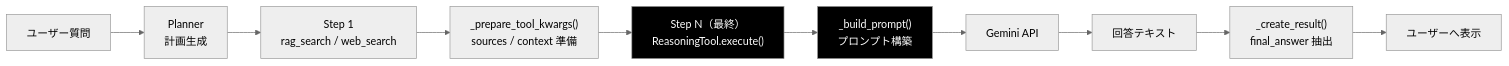
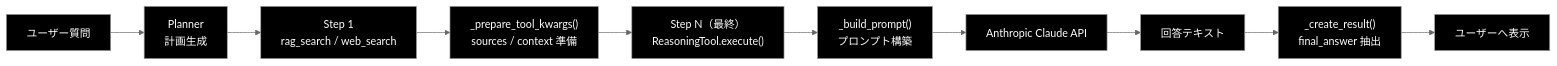
One commit to nakashima2toshio/anthropic_grace_agent changed the second of 6 diagrams in grace/doc/reasoning.md. Above: the diagram before and after it, drawn with Mermaid (neutral theme). The commit also changed other lines of this file and 18 other files, not shown here.

````diff
--- a/grace/doc/reasoning.md
+++ b/grace/doc/reasoning.md
@@ -118,15 +134,23 @@
 ```mermaid
 flowchart LR
     Q["ユーザー質問"] --> P["Planner<br>計画生成"]
     P --> S1["Step 1<br>rag_search / web_search"]
     S1 --> PREP["_prepare_tool_kwargs()<br>sources / context 準備"]
     PREP --> S2["Step N（最終）<br>ReasoningTool.execute()"]
     S2 --> BUILD["_build_prompt()<br>プロンプト構築"]
-    BUILD --> GEMINI["Gemini API"]
-    GEMINI --> ANS["回答テキスト"]
+    BUILD --> ANTHROPIC["Anthropic Claude API"]
+    ANTHROPIC --> ANS["回答テキスト"]
     ANS --> RESULT["_create_result()<br>final_answer 抽出"]
     RESULT --> UI["ユーザーへ表示"]
 
+    style Q fill:#000,color:#fff
+    style P fill:#000,color:#fff
+    style S1 fill:#000,color:#fff
+    style PREP fill:#000,color:#fff
     style S2 fill:#000,color:#fff
     style BUILD fill:#000,color:#fff
+    style ANTHROPIC fill:#000,color:#fff
+    style ANS fill:#000,color:#fff
+    style RESULT fill:#000,color:#fff
+    style UI fill:#000,color:#fff
 ```
````
